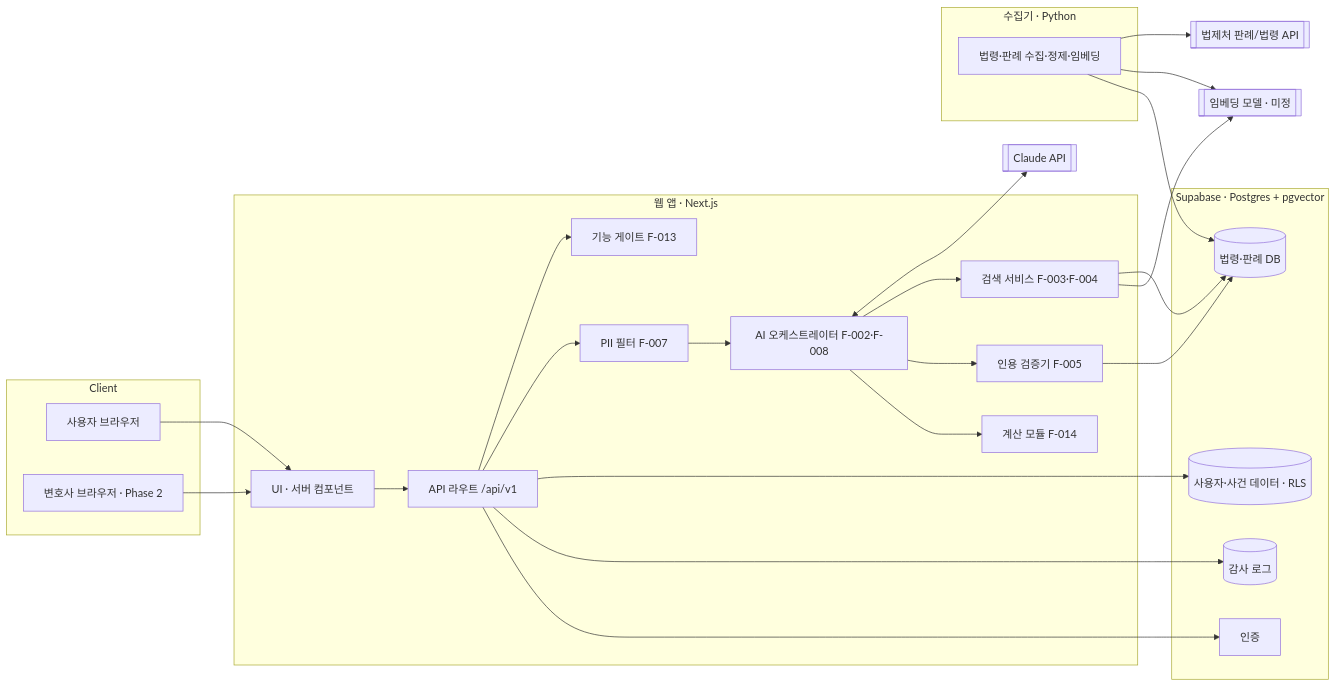
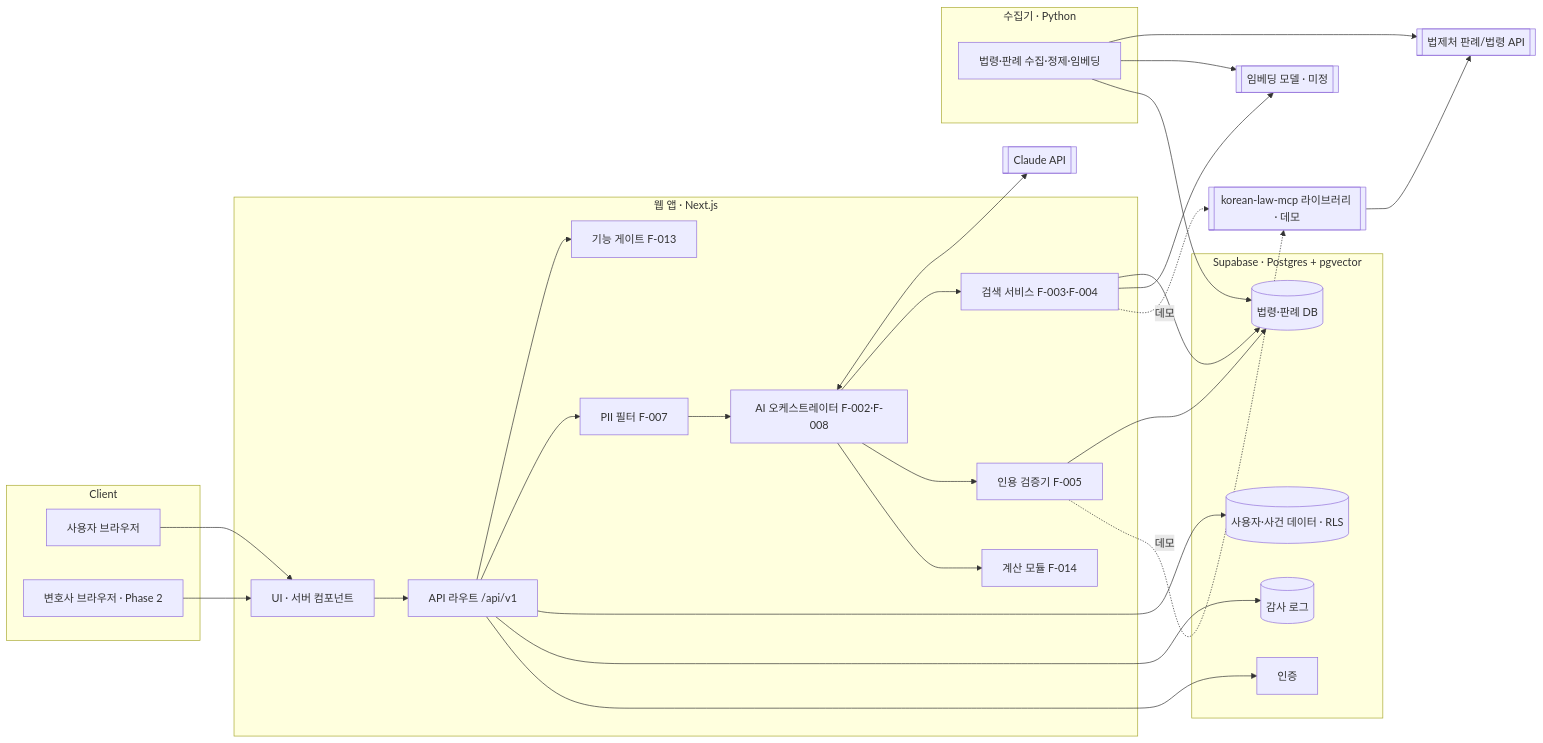
One commit to rev3095/hamzzi_courthouse changed the first of 4 diagrams in docs/ARCHITECTURE.md. Above: the diagram before and after it, drawn with Mermaid. The commit also changed other lines of this file and 4 other files, not shown here.

First line of the commit message:
docs: 데모 방향 재설계 — PRD v1.3, korean-law-mcp 런타임·비로그인 3회·프로토타입 결과 형식 (DEC-009~013)

````diff
--- a/docs/ARCHITECTURE.md
+++ b/docs/ARCHITECTURE.md
@@ -17,45 +18,49 @@
 ```mermaid
 flowchart LR
   subgraph Client
     U[사용자 브라우저]
     L[변호사 브라우저 · Phase 2]
   end
   subgraph App["웹 앱 · Next.js"]
     UI[UI · 서버 컴포넌트]
     API[API 라우트 /api/v1]
     GATE[기능 게이트 F-013]
     PII[PII 필터 F-007]
     ORCH[AI 오케스트레이터 F-002·F-008]
     SRCH[검색 서비스 F-003·F-004]
     VER[인용 검증기 F-005]
     CALC[계산 모듈 F-014]
   end
   subgraph Data["Supabase · Postgres + pgvector"]
     DB[(법령·판례 DB)]
     UDB[(사용자·사건 데이터 · RLS)]
     AUD[(감사 로그)]
     AUTH[인증]
   end
   subgraph Batch["수집기 · Python"]
     COL[법령·판례 수집·정제·임베딩]
   end
   LAW[[법제처 판례/법령 API]]
+  KLM[[korean-law-mcp 라이브러리 · 데모]]
   LLM[[Claude API]]
   EMB[[임베딩 모델 · 미정]]
 
   U --> UI --> API
   L --> UI
   API --> GATE
   API --> PII --> ORCH
   ORCH <--> LLM
   ORCH --> SRCH --> DB
   ORCH --> VER --> DB
   ORCH --> CALC
   API --> UDB
   API --> AUD
   API --> AUTH
   COL --> LAW
   COL --> EMB
   COL --> DB
   SRCH --> EMB
+  SRCH -. 데모 .-> KLM
+  VER -. 데모 .-> KLM
+  KLM --> LAW
 ```
````
